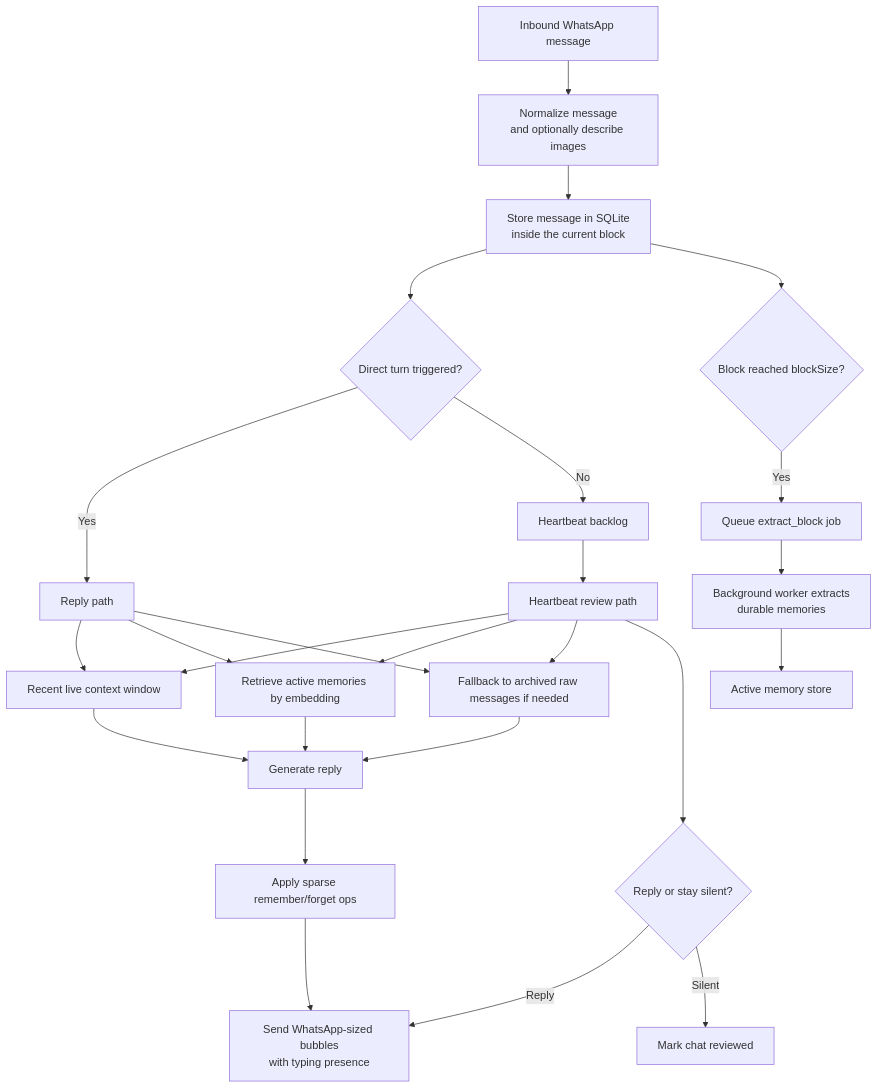
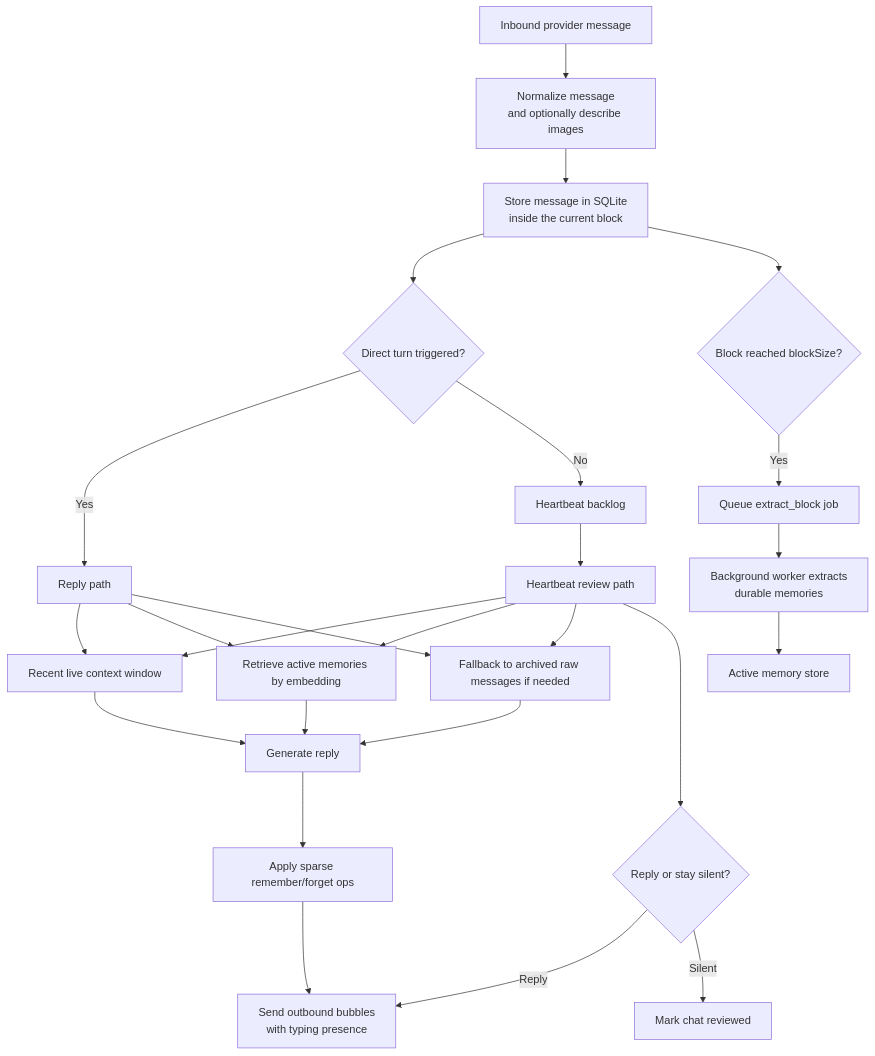
The diagram in README.md (groovykiwi/luna-ai), drawn with Mermaid before and after one commit. The commit also changed other lines of this file and 1 other file, not shown here.

Commit message:
Document provider-specific bot configuration

````diff
--- a/README.md
+++ b/README.md
@@ -254,30 +330,30 @@
 ```mermaid
 flowchart TD
-    A["Inbound WhatsApp message"] --> B["Normalize message<br/>and optionally describe images"]
+    A["Inbound provider message"] --> B["Normalize message<br/>and optionally describe images"]
     B --> C["Store message in SQLite<br/>inside the current block"]
     C --> D{"Direct turn triggered?"}
     D -- "Yes" --> E["Reply path"]
     D -- "No" --> F["Heartbeat backlog"]
 
     E --> E1["Recent live context window"]
     E --> E2["Retrieve active memories by embedding"]
     E --> E3["Fallback to archived raw messages if needed"]
     E1 --> G["Generate reply"]
     E2 --> G
     E3 --> G
     G --> H["Apply sparse remember/forget ops"]
-    H --> I["Send WhatsApp-sized bubbles<br/>with typing presence"]
+    H --> I["Send outbound bubbles<br/>with typing presence"]
 
     C --> J{"Block reached blockSize?"}
     J -- "Yes" --> K["Queue extract_block job"]
     K --> L["Background worker extracts<br/>durable memories"]
     L --> M["Active memory store"]
 
     F --> N["Heartbeat review path"]
     N --> E1
     N --> E2
     N --> E3
     N --> O{"Reply or stay silent?"}
     O -- "Reply" --> I
     O -- "Silent" --> P["Mark chat reviewed"]
 ```
````
